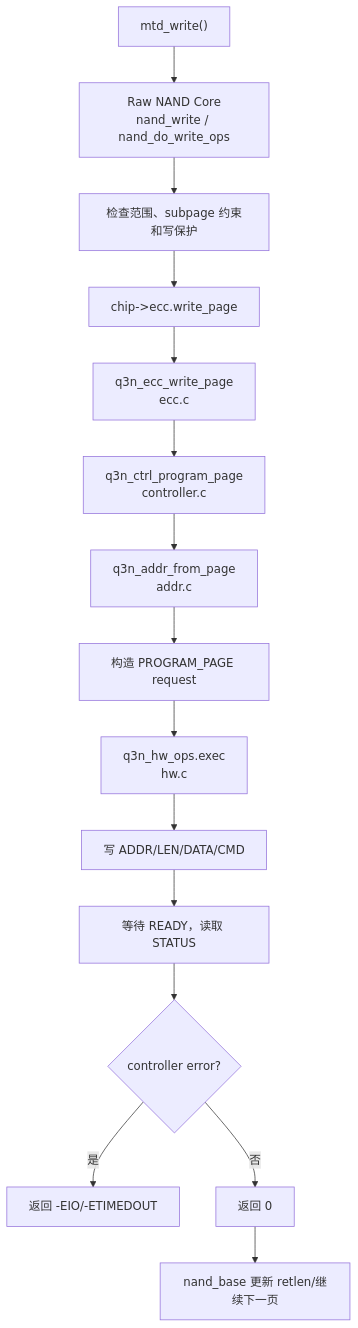
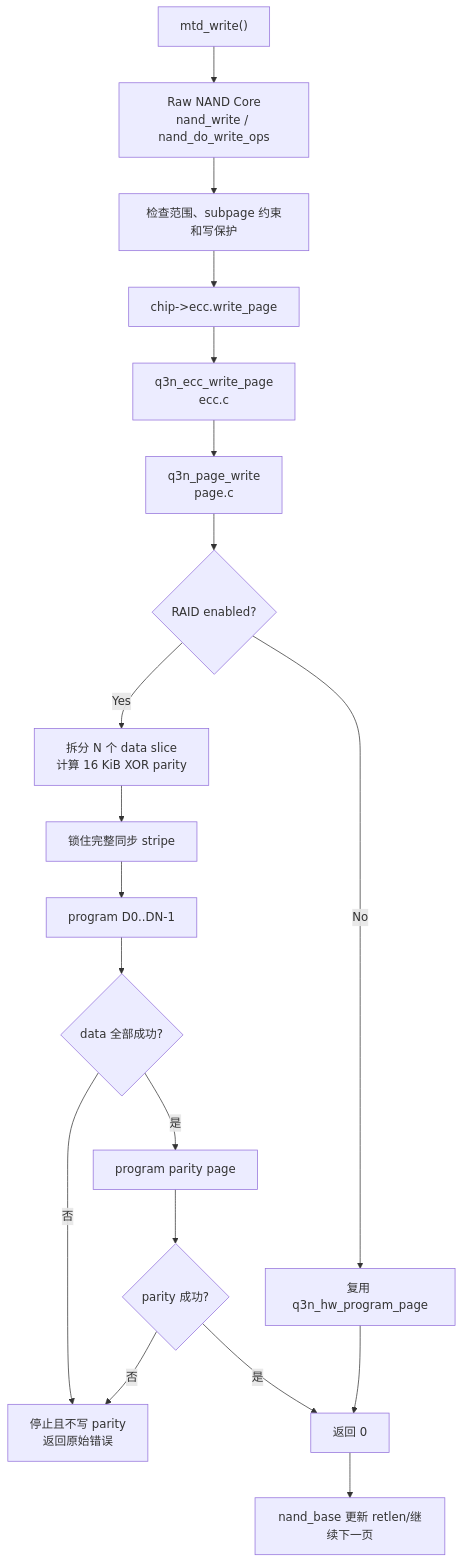
Before and after one commit to avenstar65/3dnand_test: the sixth of 10 diagrams in docs/superpowers/specs/2026-07-28-q3n-nand-core-ecc-read-retry-design.md, drawn with Mermaid. The commit also changed other lines of this file, not shown here.

Commit message:
docs: integrate page raid into overall design

````diff
--- a/docs/superpowers/specs/2026-07-28-q3n-nand-core-ecc-read-retry-design.md
+++ b/docs/superpowers/specs/2026-07-28-q3n-nand-core-ecc-read-retry-design.md
@@ -836,17 +1014,21 @@
 ```mermaid
 flowchart TD
     A["mtd_write()"] --> B["Raw NAND Core<br/>nand_write / nand_do_write_ops"]
     B --> C["检查范围、subpage 约束和写保护"]
     C --> D["chip->ecc.write_page"]
     D --> E["q3n_ecc_write_page<br/>ecc.c"]
-    E --> F["q3n_ctrl_program_page<br/>controller.c"]
-    F --> G["q3n_addr_from_page<br/>addr.c"]
-    G --> H["构造 PROGRAM_PAGE request"]
-    H --> I["q3n_hw_ops.exec<br/>hw.c"]
-    I --> J["写 ADDR/LEN/DATA/CMD"]
-    J --> K["等待 READY，读取 STATUS"]
-    K --> L{"controller error?"}
-    L -- "是" --> M["返回 -EIO/-ETIMEDOUT"]
-    L -- "否" --> N["返回 0"]
+    E --> F["q3n_page_write<br/>page.c"]
+    F --> G{"RAID enabled?"}
+    G -- "No" --> H["复用 q3n_hw_program_page"]
+    G -- "Yes" --> I["拆分 N 个 data slice<br/>计算 16 KiB XOR parity"]
+    I --> J["锁住完整同步 stripe"]
+    J --> K["program D0..DN-1"]
+    K --> L{"data 全部成功?"}
+    L -- "否" --> M["停止且不写 parity<br/>返回原始错误"]
+    L -- "是" --> P["program parity page"]
+    P --> Q{"parity 成功?"}
+    Q -- "否" --> M
+    Q -- "是" --> N["返回 0"]
+    H --> N
     N --> O["nand_base 更新 retlen/继续下一页"]
 ```
````
